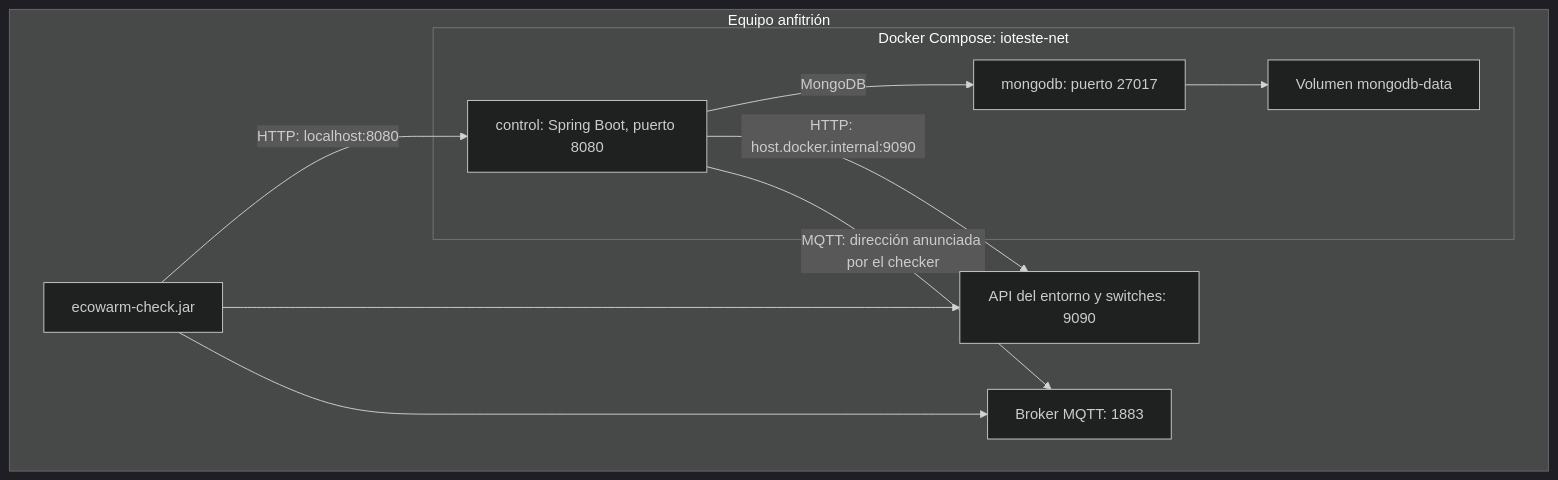
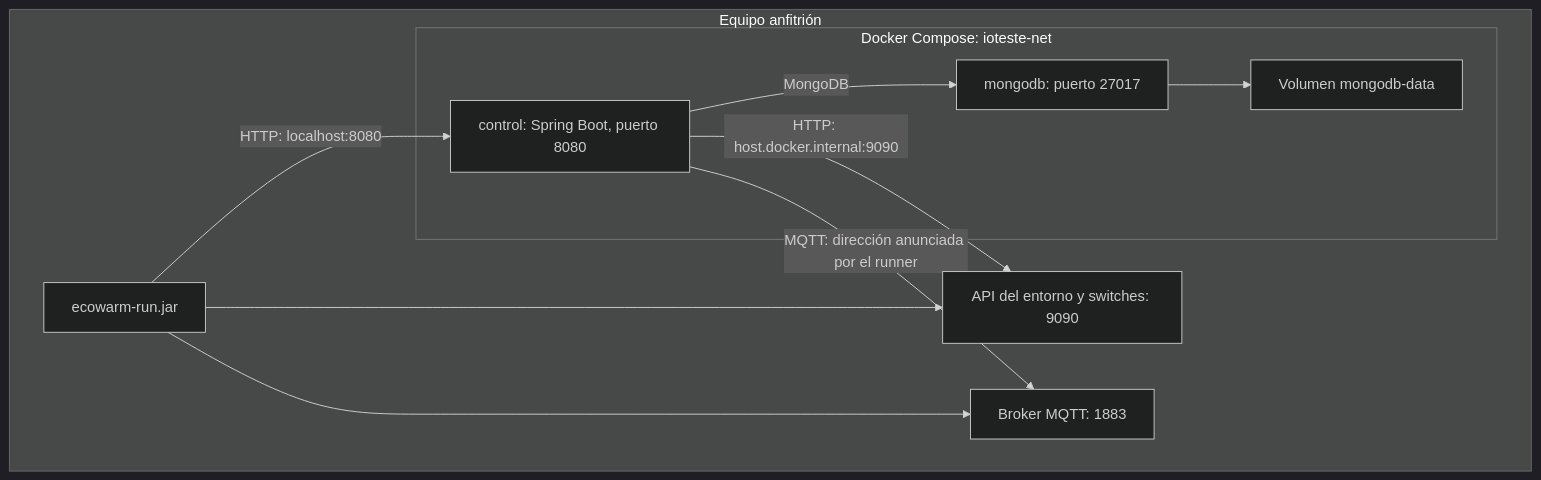
One commit to BreanCasas/iiss-2026-grupo-1 changed the fourth of 7 diagrams in docs/arquitectura/4mas1.md. Above: the diagram before and after it, drawn with Mermaid (dark theme). The commit also changed other lines of this file and 119 other files, not shown here.

````diff
--- a/docs/arquitectura/4mas1.md
+++ b/docs/arquitectura/4mas1.md
@@ -291,22 +420,22 @@
 ```mermaid
 flowchart TD
     subgraph HOST["Equipo anfitrión"]
-        CHECKER["ecowarm-check.jar"]
+        RUNNER["ecowarm-run.jar"]
         REST["API del entorno y switches: 9090"]
         MQTT["Broker MQTT: 1883"]
-        CHECKER --> REST
-        CHECKER --> MQTT
+        RUNNER --> REST
+        RUNNER --> MQTT
 
         subgraph DOCKER["Docker Compose: ioteste-net"]
             CONTROL["control: Spring Boot, puerto 8080"]
             MONGO["mongodb: puerto 27017"]
             VOLUME["Volumen mongodb-data"]
             CONTROL -->|MongoDB| MONGO
             MONGO --> VOLUME
         end
     end
 
-    CHECKER -->|HTTP: localhost:8080| CONTROL
+    RUNNER -->|HTTP: localhost:8080| CONTROL
     CONTROL -->|HTTP: host.docker.internal:9090| REST
-    CONTROL -->|MQTT: dirección anunciada por el checker| MQTT
+    CONTROL -->|MQTT: dirección anunciada por el runner| MQTT
 ```
````
